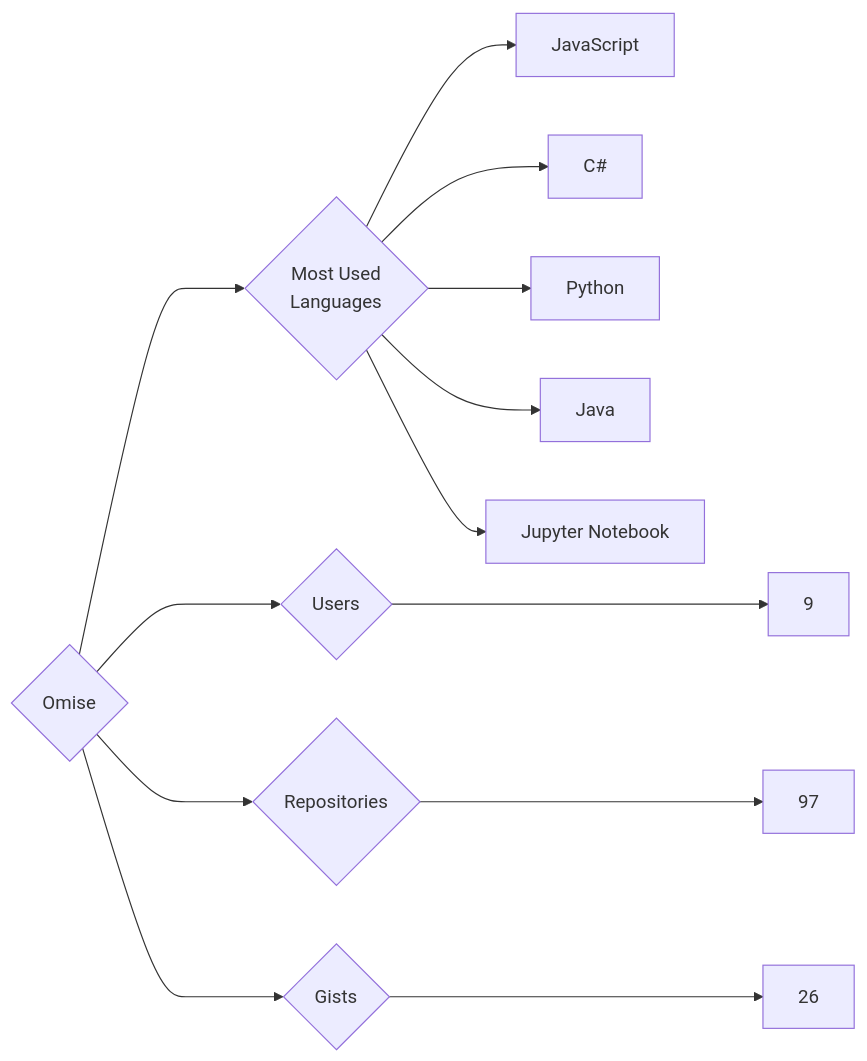
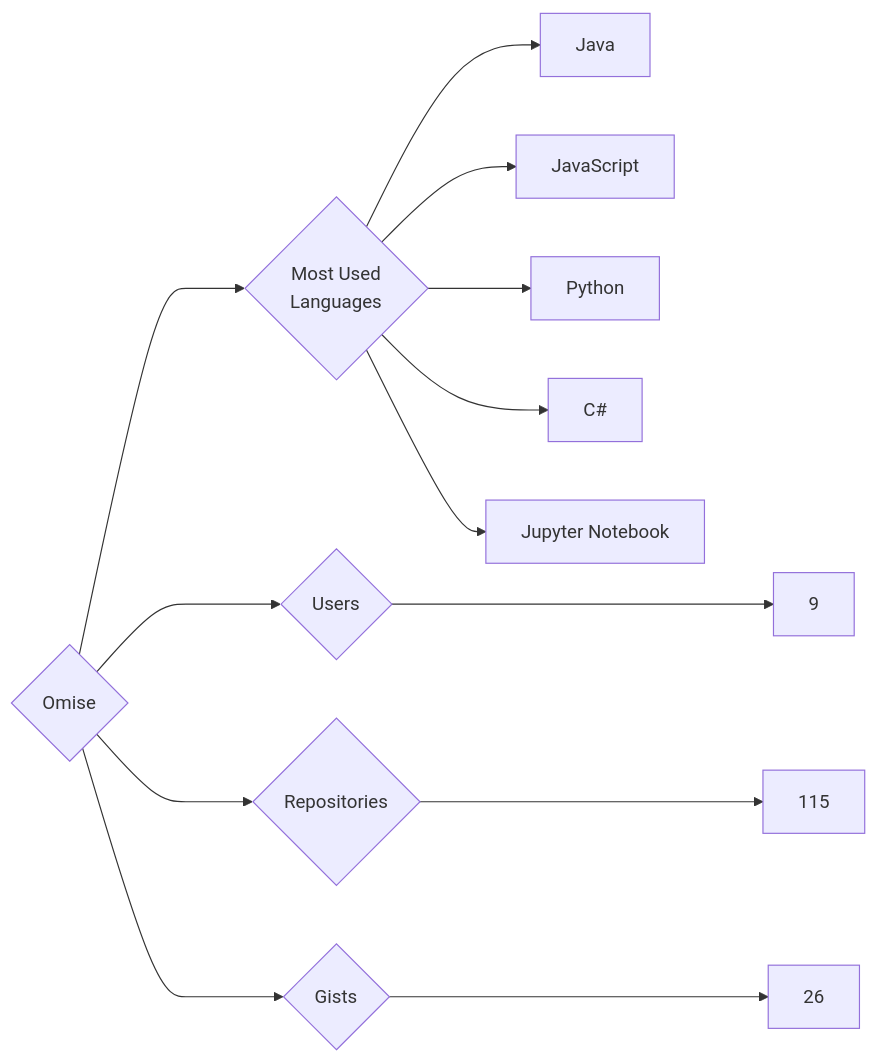
The diagram in targets/Omise/README.md (trickest/insiders), drawn with Mermaid before and after one commit. The commit also changed 770 other files, not shown here.

````diff
--- a/targets/Omise/README.md
+++ b/targets/Omise/README.md
@@ -3,13 +3,13 @@
 ```mermaid
 graph LR
 COMPANY_NAME{Omise}
 COMPANY_NAME ---> U{Users} ---> UN[9]
-COMPANY_NAME ---> R{Repositories} ---> RN[97]
+COMPANY_NAME ---> R{Repositories} ---> RN[115]
 COMPANY_NAME ---> G{Gists} ---> GN[26]
 COMPANY_NAME ---> ML{Most Used<br>Languages}
+ML --> Java[Java]
 ML --> JavaScript[JavaScript]
+ML --> Python[Python]
 ML --> C#[C#]
-ML --> Python[Python]
-ML --> Java[Java]
 ML --> Jupyter_Notebook[Jupyter Notebook]
 ```
````
